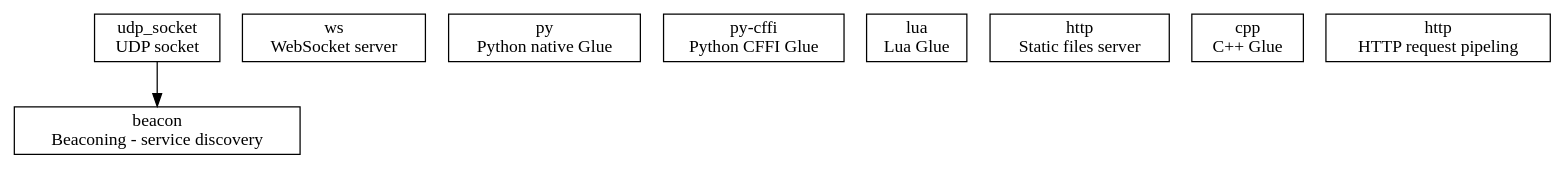
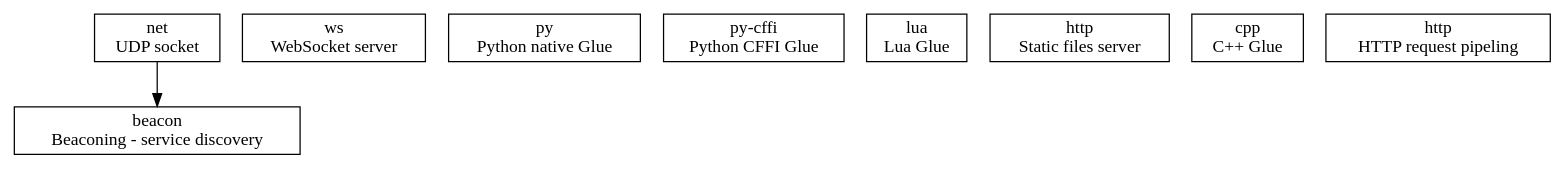
Before and after one commit to isn-/dfk: the diagram in doc/future.dot, drawn with Graphviz. The commit also changed 5 other files, not shown here.

```diff
--- a/doc/future.dot
+++ b/doc/future.dot
@@ -1,23 +1,23 @@
 digraph "DFK Library Roadmap - Future" {
   node [shape=box];
   ratio="compress";
 
-  udp_socket [label="udp_socket\nUDP socket"];
+  udp_socket [label="net\nUDP socket"];
 
   beacon [label="beacon\nBeaconing - service discovery"];
     udp_socket -> beacon;
 
   ws [label="ws\nWebSocket server"];
 
   python [label="py\nPython native Glue"];
   pythonffi [label="py-cffi\nPython CFFI Glue"];
 
   lua [label="lua\nLua Glue"];
 
   static [label="http\nStatic files server"];
 
   cpp [label="cpp\nC++ Glue"];
 
   pipeling [label="http\nHTTP request pipeling"];
 
 }
```
